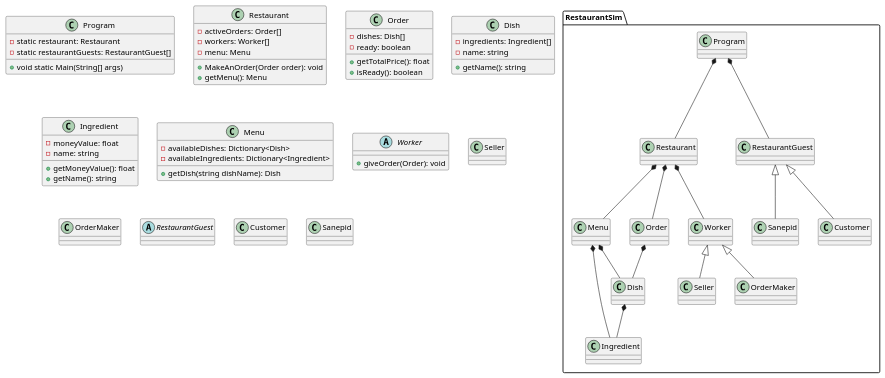
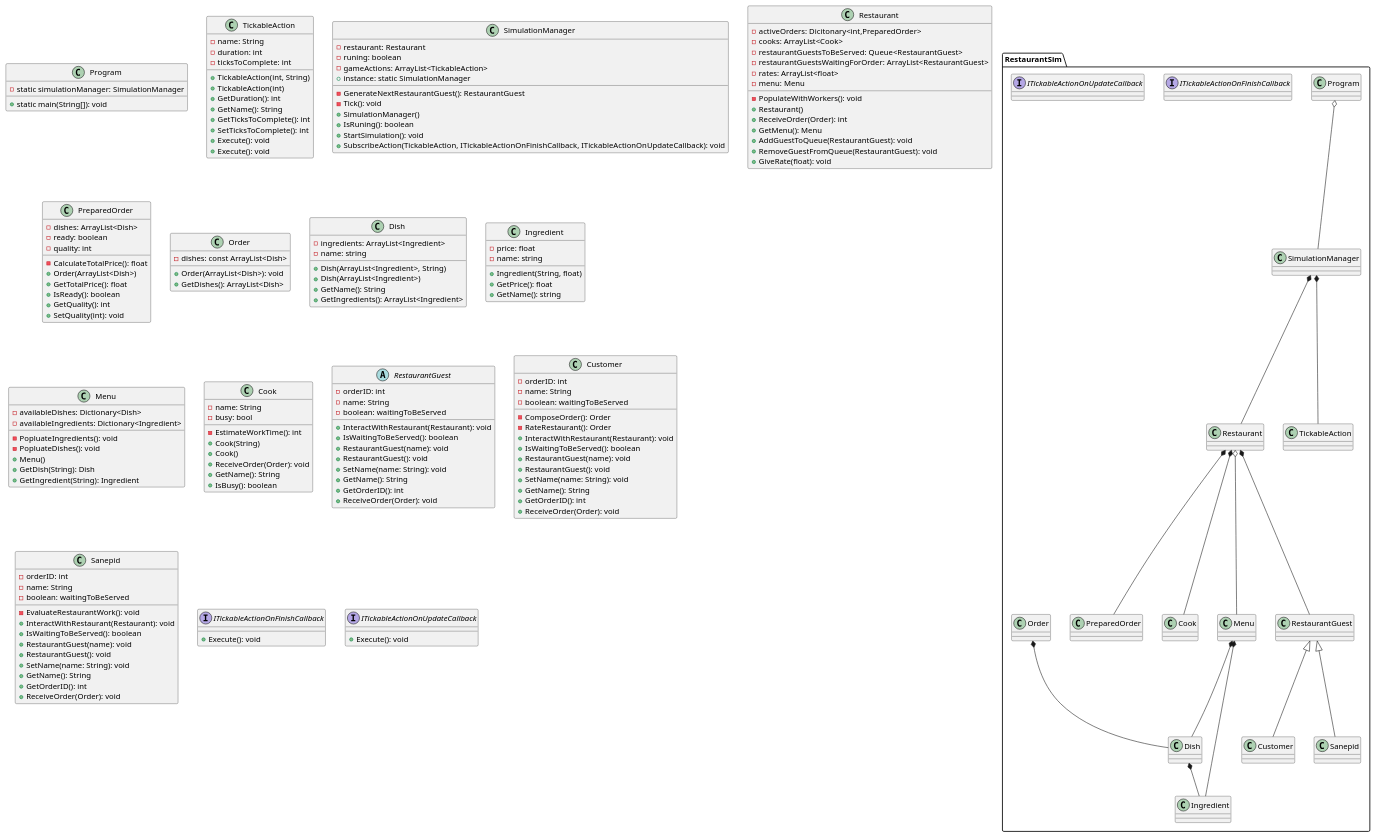
Before and after one commit to koxx4/RestaurantSim: the diagram in PlantUMLDiagrams/OldDiagrams/oldClassDiagram.puml, drawn with PlantUML. The commit also changed 7 other files, not shown here.

Commit message:
old class diagram updated, added some java docs

```diff
--- a/PlantUMLDiagrams/OldDiagrams/oldClassDiagram.puml
+++ b/PlantUMLDiagrams/OldDiagrams/oldClassDiagram.puml
@@ -1,84 +1,180 @@
 @startuml
 
 package "RestaurantSim"{
-Program *-- Restaurant
-Program *-- RestaurantGuest
+SimulationManager *-- Restaurant
+SimulationManager *-- TickableAction
+Program o-- SimulationManager
 Dish *-- Ingredient
 Order *-- Dish
-Restaurant *-- Order
-Restaurant *-- Worker
-Restaurant *-- Menu
+Restaurant *-- PreparedOrder
+Restaurant *-- Cook
+Restaurant o-- Menu
+Restaurant *-- RestaurantGuest
 Menu *-- Ingredient
 Menu *-- Dish
-Worker <|-- Seller
-Worker <|-- OrderMaker
 RestaurantGuest <|-- Customer
 RestaurantGuest <|-- Sanepid
 }
 
+package RestaurantSim <<Folder>> {
+  class TickableAction
+  interface ITickableActionOnFinishCallback
+  interface ITickableActionOnUpdateCallback
+  class Order
+ }
+
 class Program{
-    -static restaurant: Restaurant
-    -static restaurantGuests: RestaurantGuest[]
-    +void static Main(String[] args)
+    -static simulationManager: SimulationManager
+    +static main(String[]): void
+}
+
+class TickableAction{
+    -name: String
+    -duration: int
+    -ticksToComplete: int
+    +TickableAction(int, String)
+    +TickableAction(int)
+    +GetDuration(): int
+    +GetName(): String
+    +GetTicksToComplete(): int
+    +SetTicksToComplete(): int
+    +Execute(): void
+    +Execute(): void
+}
+
+class SimulationManager{
+    -restaurant: Restaurant
+    -runing: boolean
+    -gameActions: ArrayList<TickableAction>
+    +instance: static SimulationManager
+    -GenerateNextRestaurantGuest(): RestaurantGuest
+    -Tick(): void
+    +SimulationManager()
+    +IsRuning(): boolean
+    +StartSimulation(): void
+    +SubscribeAction(TickableAction, ITickableActionOnFinishCallback, ITickableActionOnUpdateCallback): void
 }
 
 class Restaurant {
- -activeOrders: Order[]
- -workers: Worker[]
+ -activeOrders: Dicitonary<int,PreparedOrder>
+ -cooks: ArrayList<Cook>
+ -restaurantGuestsToBeServed: Queue<RestaurantGuest>
+ -restaurantGuestsWaitingForOrder: ArrayList<RestaurantGuest>
+ -rates: ArrayList<float>
  -menu: Menu
- +MakeAnOrder(Order order): void
- +getMenu(): Menu
+ -PopulateWithWorkers(): void
+ +Restaurant()
+ +ReceiveOrder(Order): int
+ +GetMenu(): Menu
+ +AddGuestToQueue(RestaurantGuest): void
+ +RemoveGuestFromQueue(RestaurantGuest): void
+ +GiveRate(float): void
 }
 
-class Order {
- -dishes: Dish[]
+class PreparedOrder{
+ -dishes: ArrayList<Dish>
  -ready: boolean
- +getTotalPrice(): float
- +isReady(): boolean
+ -CalculateTotalPrice(): float
+ -quality: int
+ +Order(ArrayList<Dish>)
+ +GetTotalPrice(): float
+ +IsReady(): boolean
+ +GetQuality(): int
+ +SetQuality(int): void
 }
+class Order{
+  -dishes: const ArrayList<Dish>
+  +Order(ArrayList<Dish>): void
+  +GetDishes(): ArrayList<Dish>
+ }
 
 class Dish{
- -ingredients: Ingredient[]
+ -ingredients: ArrayList<Ingredient>
  -name: string
- +getName(): string
+ +Dish(ArrayList<Ingredient>, String)
+ +Dish(ArrayList<Ingredient>)
+ +GetName(): String
+ +GetIngredients(): ArrayList<Ingredient>
 }
 
 class Ingredient{
- -moneyValue: float
+ -price: float
  -name: string
-
- +getMoneyValue(): float
- +getName(): string
+ +Ingredient(String, float)
+ +GetPrice(): float
+ +GetName(): string
 }
 
 class Menu{
     -availableDishes: Dictionary<Dish>
     -availableIngredients: Dictionary<Ingredient>
-    +getDish(string dishName): Dish
+    -PopluateIngredients(): void
+    -PopluateDishes(): void
+    +Menu()
+    +GetDish(String): Dish
+    +GetIngredient(String): Ingredient
 }
 
-abstract class Worker{
- +giveOrder(Order): void
-}
-
-class Seller{
-
-}
-
-class OrderMaker{
-
+class Cook{
+ -name: String
+ -busy: bool
+ -EstimateWorkTime(): int
+ +Cook(String)
+ +Cook()
+ +ReceiveOrder(Order): void
+ +GetName(): String
+ +IsBusy(): boolean
 }
 
 abstract class RestaurantGuest{
-
+    -orderID: int
+    -name: String
+    -boolean: waitingToBeServed
+    +InteractWithRestaurant(Restaurant): void
+    +IsWaitingToBeServed(): boolean
+    +RestaurantGuest(name): void
+    +RestaurantGuest(): void
+    +SetName(name: String): void
+    +GetName(): String
+    +GetOrderID(): int
+    +ReceiveOrder(Order): void
 }
 
 class Customer{
-
+    -orderID: int
+    -name: String
+    -boolean: waitingToBeServed
+    -ComposeOrder(): Order
+    -RateRestaurant(): Order
+    +InteractWithRestaurant(Restaurant): void
+    +IsWaitingToBeServed(): boolean
+    +RestaurantGuest(name): void
+    +RestaurantGuest(): void
+    +SetName(name: String): void
+    +GetName(): String
+    +GetOrderID(): int
+    +ReceiveOrder(Order): void
 }
 
 class Sanepid{
-
+    -orderID: int
+    -name: String
+    -boolean: waitingToBeServed
+    -EvaluateRestaurantWork(): void
+    +InteractWithRestaurant(Restaurant): void
+    +IsWaitingToBeServed(): boolean
+    +RestaurantGuest(name): void
+    +RestaurantGuest(): void
+    +SetName(name: String): void
+    +GetName(): String
+    +GetOrderID(): int
+    +ReceiveOrder(Order): void
+}
+interface ITickableActionOnFinishCallback{
+    +Execute(): void
+}
+interface ITickableActionOnUpdateCallback{
+    +Execute(): void
 }
 
 @enduml
```
